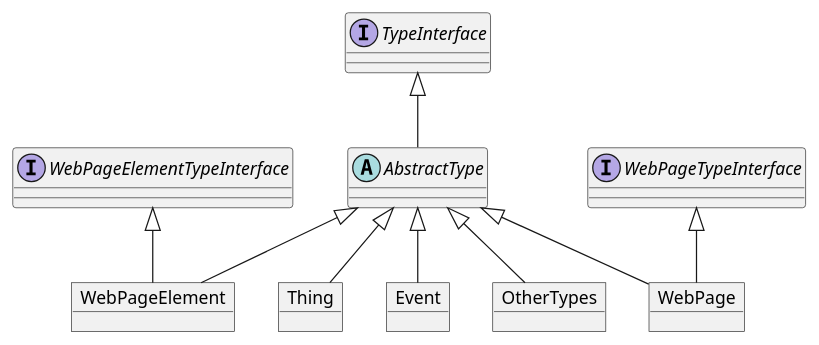
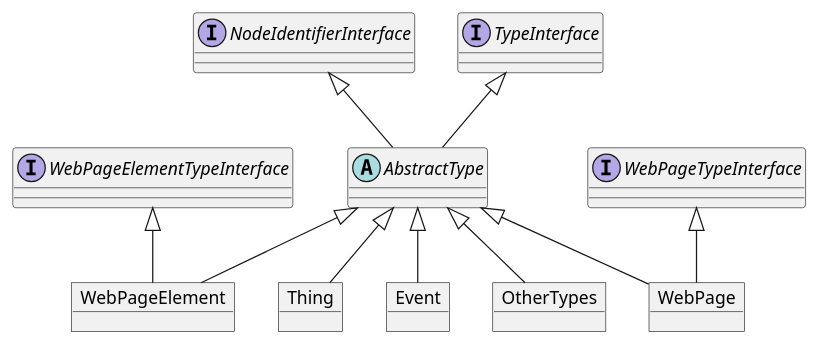
One commit to brotkrueml/schema changed the diagram in Documentation/Developer/Api.rst. Above: the diagram before and after it, drawn with PlantUML. The commit also changed other lines of this file and 13 other files, not shown here.

```diff
--- a/Documentation/Developer/Api.rst
+++ b/Documentation/Developer/Api.rst
@@ -134,21 +230,23 @@
 .. uml::
    :caption: Inheritance of the type models (namespaces are omitted for better readability)
 
+   interface NodeIdentifierInterface
    interface TypeInterface
    interface WebPageElementTypeInterface
    interface WebPageTypeInterface
    abstract AbstractType
    object WebPageElement
    object Thing
    object Event
    object OtherTypes
    object WebPage
 
    WebPageElementTypeInterface <|-- WebPageElement
    WebPageTypeInterface <|-- WebPage
+   NodeIdentifierInterface <|-- AbstractType
    TypeInterface <|-- AbstractType
    AbstractType <|-- WebPageElement
    AbstractType <|-- Thing
    AbstractType <|-- Event
    AbstractType <|-- OtherTypes
    AbstractType <|-- WebPage
```
